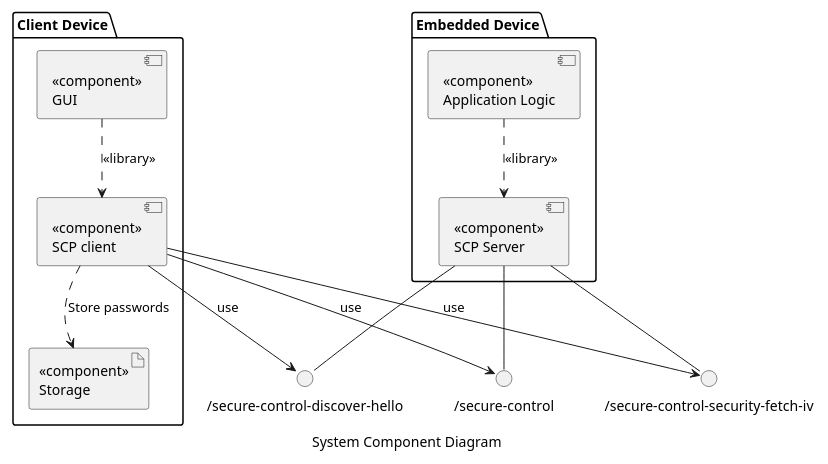
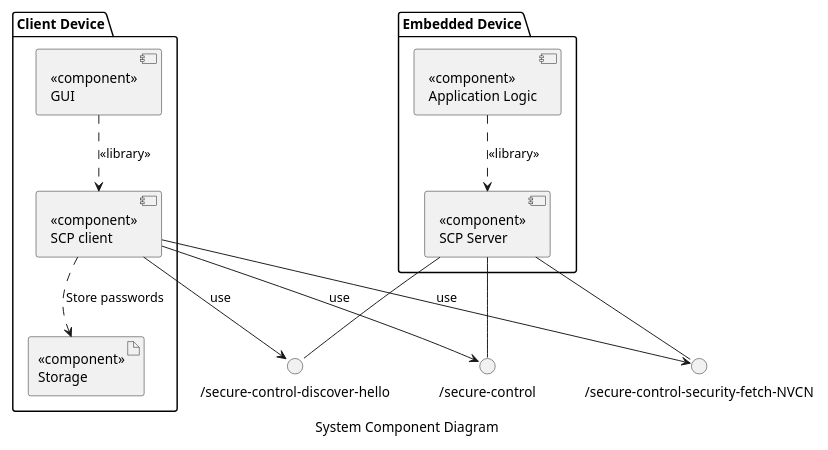
The first of 5 diagrams in README.md (houseos/SCP), drawn with PlantUML before and after one commit. The commit also changed other lines of this file, not shown here.

Commit message:
- added NVCN as the Next Valid Control Number - corrected NVCN and IV usage

````diff
--- a/README.md
+++ b/README.md
@@ -43,63 +43,61 @@
 ```puml
 
 caption System Component Diagram
 
 skinparam monochrome true
 skinparam componentStyle uml2
 
 scale max 650 width
 
 package "Client Device" {
     component client [
         <<component>>
         SCP client
     ]
 
     artifact storage [
         <<component>>
         Storage
     ]
 
     component gui[
         <<component>>
         GUI
     ]
 }
 
 package "Embedded Device" {
     component server [
         <<component>>
         SCP Server
     ]
 
     component app [
         <<component>>
         Application Logic
     ]
 }
 
 
-
-
 () "/secure-control" as epSc
 
 () "/secure-control-discover-hello" as epScDh
 
-() "/secure-control-security-fetch-iv" as epScSfi
+() "/secure-control-security-fetch-NVCN" as epScSfi
 
 
 server -- epSc
 server -- epScDh
 server -- epScSfi
 
 client --> epSc : use
 client --> epScDh : use
 client --> epScSfi : use
 
 app ..> server : <<library>>
 
 gui ..> client : <<library>>
 
 client ..> storage : Store passwords 
 
 ```
````
